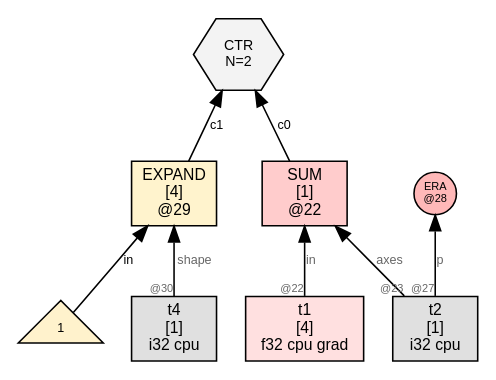
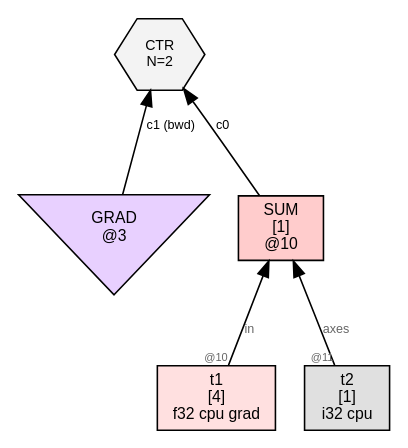
Before and after one commit to sw1sh/TinyHVM: the diagram in wl/examples/thvm_graphs/grad_rules/sum/thvm_1_post_reduce.dot, drawn with Graphviz. The commit also changed 210 other files, not shown here.

First line of the commit message:
grad: migrate test_grad_rules to thvm_grad_pair + CTR{fwd, bwd}

```diff
--- a/wl/examples/thvm_graphs/grad_rules/sum/thvm_1_post_reduce.dot
+++ b/wl/examples/thvm_graphs/grad_rules/sum/thvm_1_post_reduce.dot
@@ -1,21 +1,15 @@
 digraph G {
   rankdir=BT;
   node [fontname="Helvetica", fontsize=10, style=filled, shape=box, margin="0.1,0.05"];
   edge [fontsize=8, fontname="Helvetica"];
 
-  n22 [label="SUM\n[1]\n@22", shape=box, fillcolor="#ffcccc"];
+  n10 [label="SUM\n[1]\n@10", shape=box, fillcolor="#ffcccc"];
   t1 [label="t1\n[4]\nf32 cpu grad",shape=box,fillcolor="#ffe0e0"];
-  t1 -> n22 [label="in",taillabel="@22",labelfontsize=7,fontcolor="#666666"];
+  t1 -> n10 [label="in",taillabel="@10",labelfontsize=7,fontcolor="#666666"];
   t2 [label="t2\n[1]\ni32 cpu",shape=box,fillcolor="#e0e0e0"];
-  t2 -> n22 [label="axes",taillabel="@23",labelfontsize=7,fontcolor="#666666"];
-  n29 [label="EXPAND\n[4]\n@29", shape=box, fillcolor="#fff3cd"];
-  num29_0 [label="1",shape=triangle,fillcolor="#fff2cc",fontsize=8];
-  num29_0 -> n29 [label="in"];
-  t4 [label="t4\n[1]\ni32 cpu",shape=box,fillcolor="#e0e0e0"];
-  t4 -> n29 [label="shape",taillabel="@30",labelfontsize=7,fontcolor="#666666"];
-  ctr20 [label="CTR\nN=2", shape=hexagon, fillcolor="#f3f3f3", fontsize=9];
-  n22 -> ctr20 [label="c0"];
-  n29 -> ctr20 [label="c1"];
-  era28 [label="ERA\n@28",shape=circle,width=0.38,height=0.38,fixedsize=true,fillcolor="#ffb8b8",fontsize=7];
-  t2 -> era28 [label="p",taillabel="@27",labelfontsize=7,fontcolor="#666666"];
+  t2 -> n10 [label="axes",taillabel="@11",labelfontsize=7,fontcolor="#666666"];
+  ctr6 [label="CTR\nN=2", shape=hexagon, fillcolor="#f3f3f3", fontsize=9];
+  n10 -> ctr6 [label="c0"];
+  grad3 [label="GRAD\n@3", shape=invtriangle, fillcolor="#e8d0ff"];
+  grad3 -> ctr6 [label="c1 (bwd)"];
 }
```
